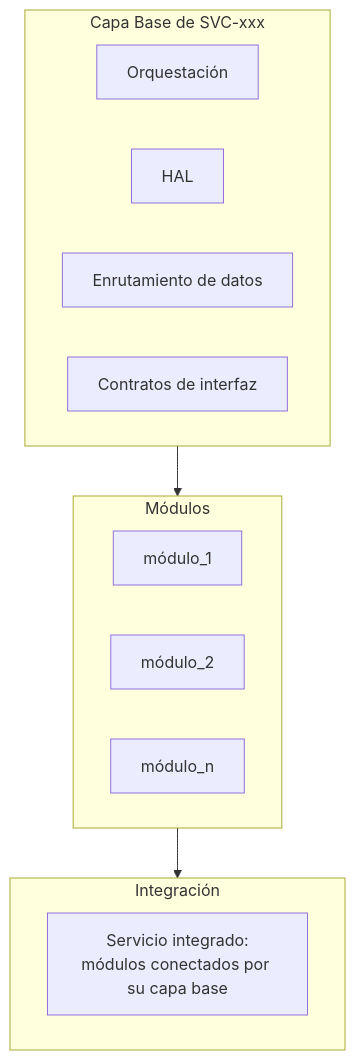
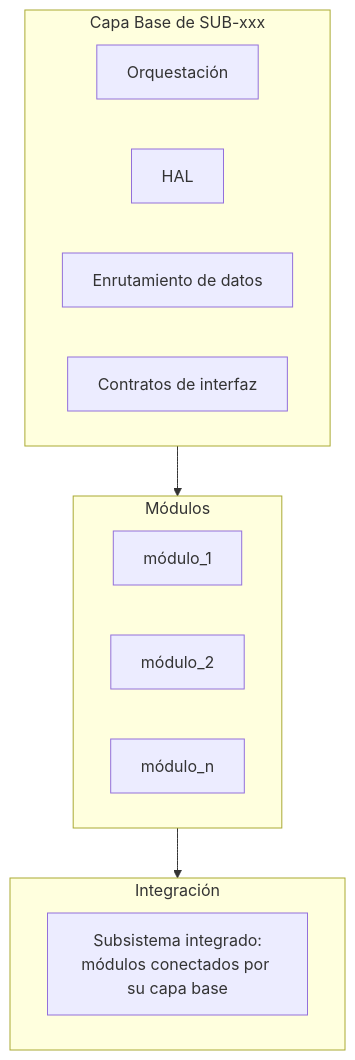
Before and after one commit to dramirezbe/codeanvil-gcpds: the third of 5 diagrams in methodology/V-SIL-v3/S1_G1_template.md, drawn with Mermaid. The commit also changed other lines of this file and 30 other files, not shown here.

````diff
--- a/methodology/V-SIL-v3/S1_G1_template.md
+++ b/methodology/V-SIL-v3/S1_G1_template.md
@@ -206,24 +206,24 @@
 ```mermaid
 flowchart TD
-    subgraph BASE["Capa Base de SVC-xxx"]
+    subgraph BASE["Capa Base de SUB-xxx"]
         direction LR
         ORCH["Orquestación"]
         HAL_["HAL"]
         ROUTE["Enrutamiento de datos"]
         IFACE["Contratos de interfaz"]
     end
 
     subgraph MODS["Módulos"]
         direction LR
         M1["módulo_1"]
         M2["módulo_2"]
         MN["módulo_n"]
     end
 
     subgraph INTEG["Integración"]
         direction LR
-        SYS["Servicio integrado:<br/>módulos conectados por su capa base"]
+        SYS["Subsistema integrado:<br/>módulos conectados por su capa base"]
     end
 
     BASE --> MODS --> INTEG
 ```
````
